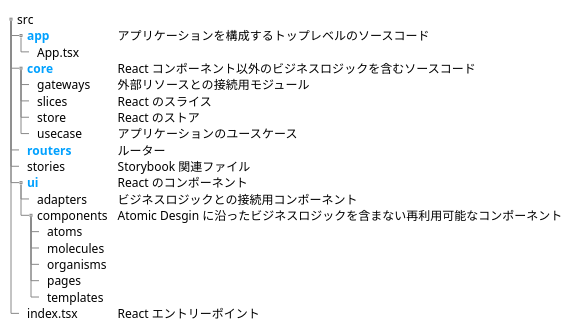
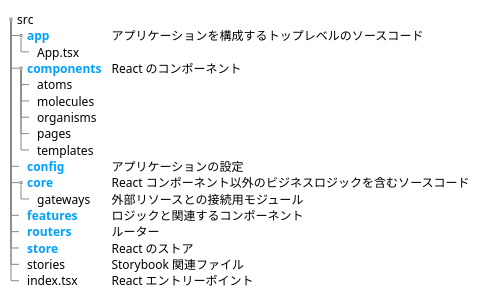
Before and after one commit to yamagame/react-typescript-starter-app: the first of 2 diagrams in docs/diagrams/src/architecture.plantuml, drawn with PlantUML. The commit also changed other lines of this file and 98 other files, not shown here.

```diff
--- a/docs/diagrams/src/architecture.plantuml
+++ b/docs/diagrams/src/architecture.plantuml
@@ -1,26 +1,24 @@
 @startsalt directory
 ' title  React サンプルプロジェクト ディレクトリ構成
 {
   {T
     + src
     ++ <color:#00A1FF>**app** | アプリケーションを構成するトップレベルのソースコード
     +++ App.tsx
+    ++ <color:#00A1FF>**components** | React のコンポーネント
+    +++ atoms
+    +++ molecules
+    +++ organisms
+    +++ pages
+    +++ templates
+    ++ <color:#00A1FF>**config** | アプリケーションの設定
     ++ <color:#00A1FF>**core** | React コンポーネント以外のビジネスロジックを含むソースコード
     +++ gateways | 外部リソースとの接続用モジュール
-    +++ slices | React のスライス
-    +++ store | React のストア
-    +++ usecase | アプリケーションのユースケース
+    ++ <color:#00A1FF>**features** | ロジックと関連するコンポーネント
     ++ <color:#00A1FF>**routers** | ルーター
+    ++ <color:#00A1FF>**store** | React のストア
     ++ stories | Storybook 関連ファイル
-    ++ <color:#00A1FF>**ui** | React のコンポーネント
-    +++ adapters | ビジネスロジックとの接続用コンポーネント
-    +++ components | Atomic Desgin に沿ったビジネスロジックを含まない再利用可能なコンポーネント
-    ++++ atoms
-    ++++ molecules
-    ++++ organisms
-    ++++ pages
-    ++++ templates
     ++ index.tsx | React エントリーポイント
   }
 }
 @endsalt
```
